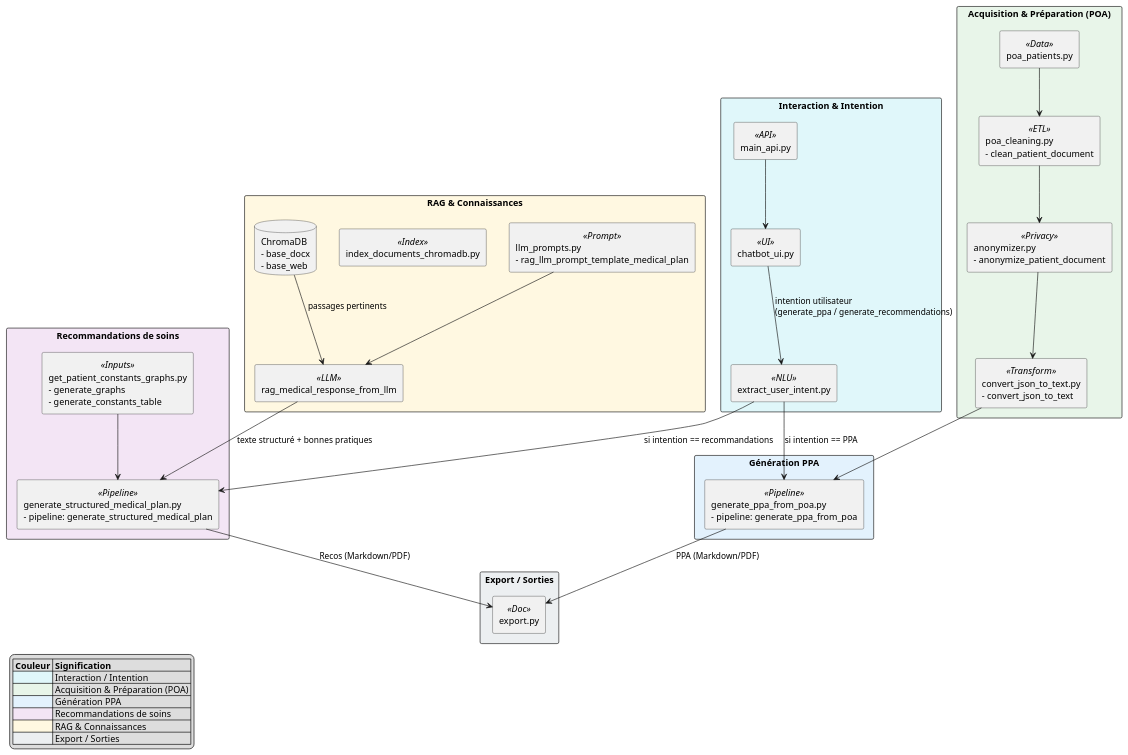
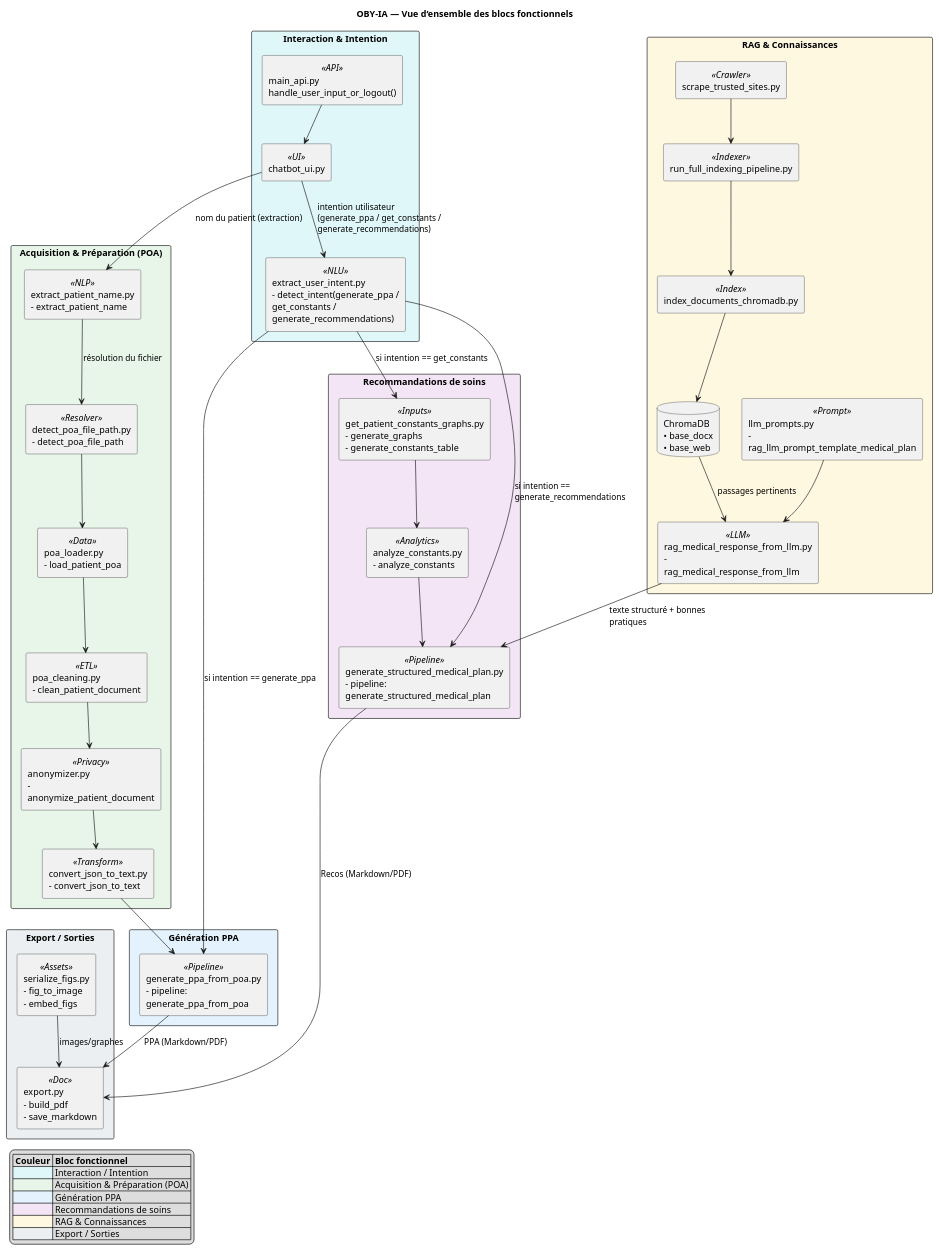
The first of 2 diagrams in docs/index.md (DSAGRO3F/OBY-Chat), drawn with PlantUML before and after one commit. The commit also changed 60 other files, not shown here.

Commit message:
Multiples améliorations/corrections et ajouts fonctionnels : liste sites web par thème → convergence + rapide, web scrapping/document PDF

````diff
--- a/docs/index.md
+++ b/docs/index.md
@@ -31,13 +31,19 @@
 ```plantuml
 @startuml
+' ---- Style global ----
 skinparam shadowing false
 skinparam packageStyle rectangle
 skinparam defaultTextAlignment left
 skinparam componentStyle rectangle
 skinparam monochrome false
+skinparam wrapWidth 200
+skinparam maxMessageSize 200
 
+title OBY-IA — Vue d’ensemble des blocs fonctionnels
+
+' ---- Légende des couleurs ----
 legend left
-|= Couleur |= Signification |
+|= Couleur |= Bloc fonctionnel |
 |<#E0F7FA>| Interaction / Intention |
 |<#E8F5E9>| Acquisition & Préparation (POA) |
 |<#E3F2FD>| Génération PPA |
@@ -46,14 +52,17 @@
 |<#ECEFF1>| Export / Sorties |
 endlegend
 
+' ---- Blocs ----
 package "Interaction & Intention" #E0F7FA {
   [chatbot_ui.py] as CHAT <<UI>>
-  [extract_user_intent.py] as INTENT <<NLU>>
-  [main_api.py] as API <<API>>
+  [extract_user_intent.py\n- detect_intent(generate_ppa / get_constants / generate_recommendations)] as INTENT <<NLU>>
+  [main_api.py\nhandle_user_input_or_logout()] as API <<API>>
 }
 
 package "Acquisition & Préparation (POA)" #E8F5E9 {
-  [poa_patients.py] as POA_LIST <<Data>>
+  [poa_loader.py\n- load_patient_poa] as POA_LOAD <<Data>>
+  [detect_poa_file_path.py\n- detect_poa_file_path] as POA_PATH <<Resolver>>
+  [extract_patient_name.py\n- extract_patient_name] as PNAME <<NLP>>
   [poa_cleaning.py\n- clean_patient_document] as POA_CLEAN <<ETL>>
   [anonymizer.py\n- anonymize_patient_document] as ANON <<Privacy>>
   [convert_json_to_text.py\n- convert_json_to_text] as CONV <<Transform>>
@@ -65,38 +74,58 @@
 
 package "Recommandations de soins" #F3E5F5 {
   [generate_structured_medical_plan.py\n- pipeline: generate_structured_medical_plan] as RECO <<Pipeline>>
-  [get_patient_constants_graphs.py\n- generate_graphs\n- generate_constants_table] as CONSTANTS <<Inputs>>
+  [get_patient_constants_graphs.py\n- generate_graphs\n- generate_constants_table] as CONST_IO <<Inputs>>
+  [analyze_constants.py\n- analyze_constants] as CONST_ANALYZE <<Analytics>>
 }
 
 package "RAG & Connaissances" #FFF8E1 {
   [llm_prompts.py\n- rag_llm_prompt_template_medical_plan] as PROMPT <<Prompt>>
-  [rag_medical_response_from_llm] as RAGCALL <<LLM>>
+  [rag_medical_response_from_llm.py\n- rag_medical_response_from_llm] as RAGCALL <<LLM>>
+  [scrape_trusted_sites.py] as SCRAPER <<Crawler>>
+  [run_full_indexing_pipeline.py] as PIPELINE <<Indexer>>
   [index_documents_chromadb.py] as INDEXER <<Index>>
-  database "ChromaDB\n- base_docx\n- base_web" as CHROMA
+  database "ChromaDB\n• base_docx\n• base_web" as CHROMA
 }
 
 package "Export / Sorties" #ECEFF1 {
-  [export.py] as EXPORT <<Doc>>
+  [export.py\n- build_pdf\n- save_markdown] as EXPORT <<Doc>>
+  [serialize_figs.py\n- fig_to_image\n- embed_figs] as FIGS <<Assets>>
 }
 
+' ---- Flux principaux ----
 API --> CHAT
-CHAT --> INTENT : intention utilisateur\n(generate_ppa / generate_recommendations)
-INTENT --> PPA : si intention == PPA
-INTENT --> RECO : si intention == recommandations
+CHAT --> INTENT : intention utilisateur\n(generate_ppa / get_constants / generate_recommendations)
+INTENT --> PPA : si intention == generate_ppa
+INTENT --> RECO : si intention == generate_recommendations
+INTENT --> CONST_IO : si intention == get_constants
 
-POA_LIST --> POA_CLEAN
+' Chaîne POA -> PPA
+CHAT --> PNAME : nom du patient (extraction)
+PNAME --> POA_PATH : résolution du fichier
+POA_PATH --> POA_LOAD
+POA_LOAD --> POA_CLEAN
 POA_CLEAN --> ANON
 ANON --> CONV
 CONV --> PPA
 
-CONSTANTS --> RECO
+' Constantes -> Recos
+CONST_IO --> CONST_ANALYZE
+CONST_ANALYZE --> RECO
 
+' RAG
 PROMPT --> RAGCALL
 CHROMA --> RAGCALL : passages pertinents
 RAGCALL --> RECO : texte structuré + bonnes pratiques
 
+' Indexation des connaissances
+SCRAPER --> PIPELINE
+PIPELINE --> INDEXER
+INDEXER --> CHROMA
+
+' Exports
 PPA --> EXPORT : PPA (Markdown/PDF)
 RECO --> EXPORT : Recos (Markdown/PDF)
+FIGS --> EXPORT : images/graphes
 
 @enduml
 ```
````
